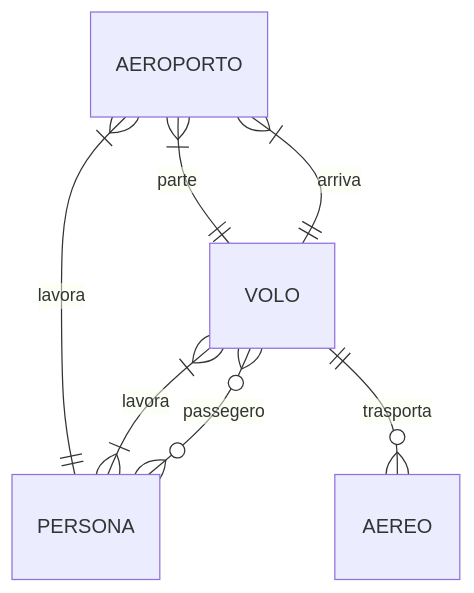
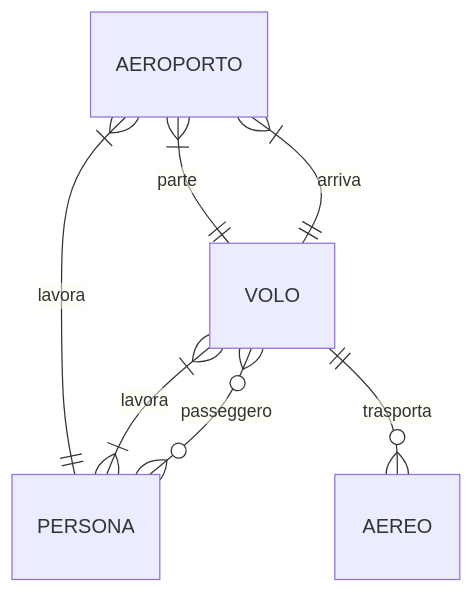
Before and after one commit to Diebbo/aereodb: the first of 6 diagrams in RELAZIONE.md, drawn with Mermaid. The commit also changed other lines of this file and 1 other file, not shown here.

````diff
--- a/RELAZIONE.md
+++ b/RELAZIONE.md
@@ -182,9 +187,9 @@
 ```mermaid
 erDiagram
     AEROPORTO }|--|| VOLO: "parte"
     AEROPORTO }|--|| VOLO: "arriva"
     AEROPORTO }|--|| PERSONA: "lavora"
     VOLO }|--|{ PERSONA: "lavora"
-    VOLO }o--o{ PERSONA: "passegero" 
+    VOLO }o--o{ PERSONA: "passeggero" 
     VOLO ||--o{ AEREO: "trasporta"
 ```
````
